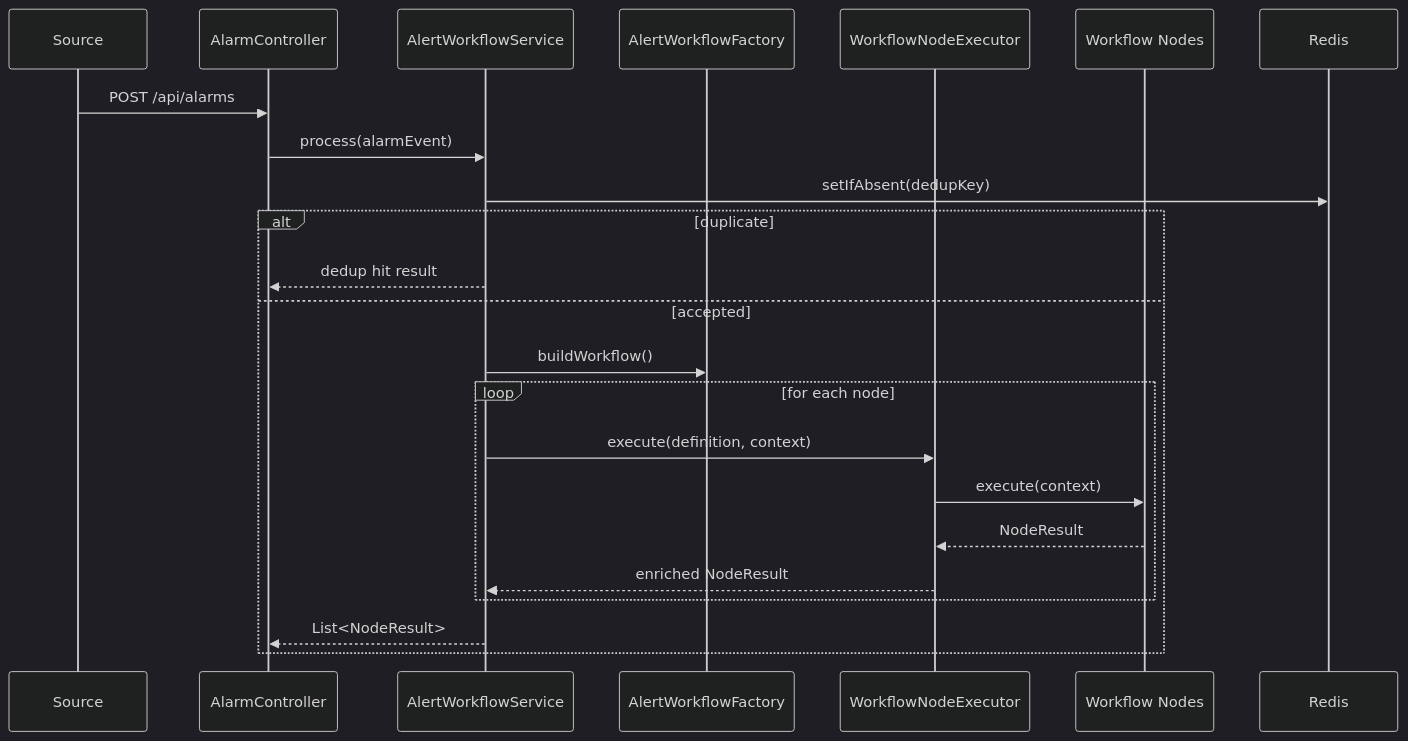
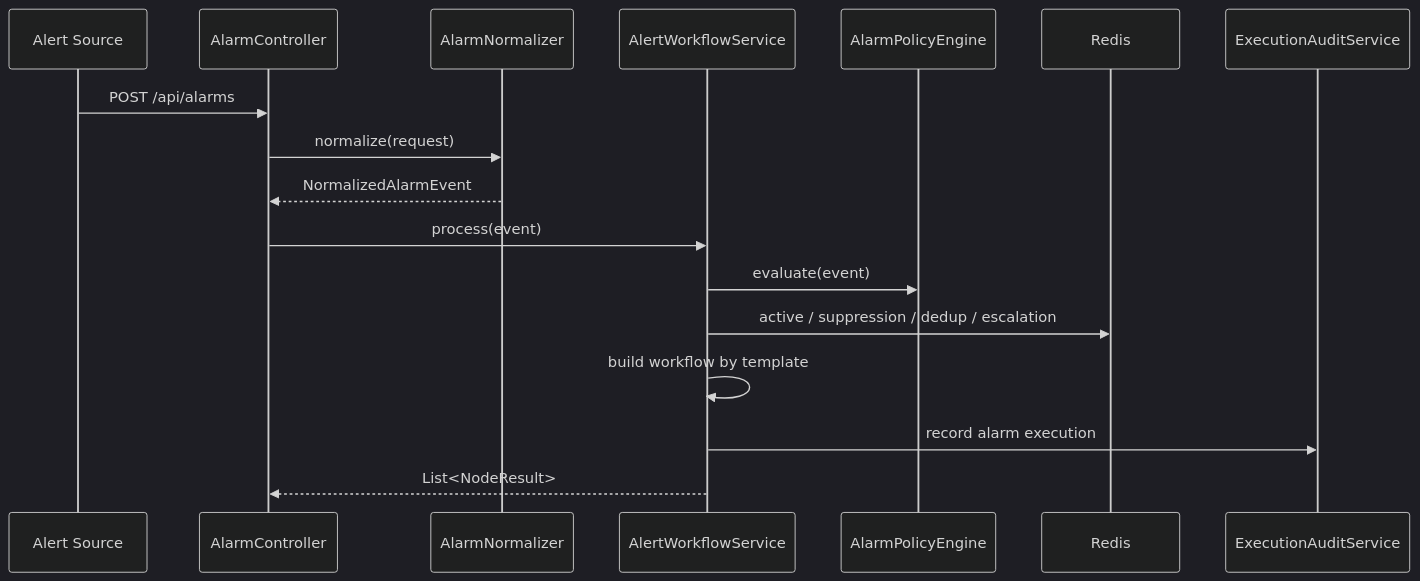
One commit to oxygen914/kubeoncall changed the second of 4 diagrams in 项目架构.md. Above: the diagram before and after it, drawn with Mermaid (dark theme). The commit also changed other lines of this file, not shown here.

Commit message:
docs: update kubeoncall architecture overview

````diff
--- a/项目架构.md
+++ b/项目架构.md
@@ -854,26 +323,20 @@
 ```mermaid
 sequenceDiagram
-    participant S as Source
-    participant AC as AlarmController
-    participant AWS as AlertWorkflowService
-    participant WF as AlertWorkflowFactory
-    participant WNE as WorkflowNodeExecutor
-    participant N as Workflow Nodes
+    participant S as Alert Source
+    participant C as AlarmController
+    participant N as AlarmNormalizer
+    participant W as AlertWorkflowService
+    participant P as AlarmPolicyEngine
     participant R as Redis
+    participant E as ExecutionAuditService
 
-    S->>AC: POST /api/alarms
-    AC->>AWS: process(alarmEvent)
-    AWS->>R: setIfAbsent(dedupKey)
-    alt duplicate
-        AWS-->>AC: dedup hit result
-    else accepted
-        AWS->>WF: buildWorkflow()
-        loop for each node
-            AWS->>WNE: execute(definition, context)
-            WNE->>N: execute(context)
-            N-->>WNE: NodeResult
-            WNE-->>AWS: enriched NodeResult
-        end
-        AWS-->>AC: List<NodeResult>
-    end
+    S->>C: POST /api/alarms
+    C->>N: normalize(request)
+    N-->>C: NormalizedAlarmEvent
+    C->>W: process(event)
+    W->>P: evaluate(event)
+    W->>R: active / suppression / dedup / escalation
+    W->>W: build workflow by template
+    W->>E: record alarm execution
+    W-->>C: List<NodeResult>
 ```
````
